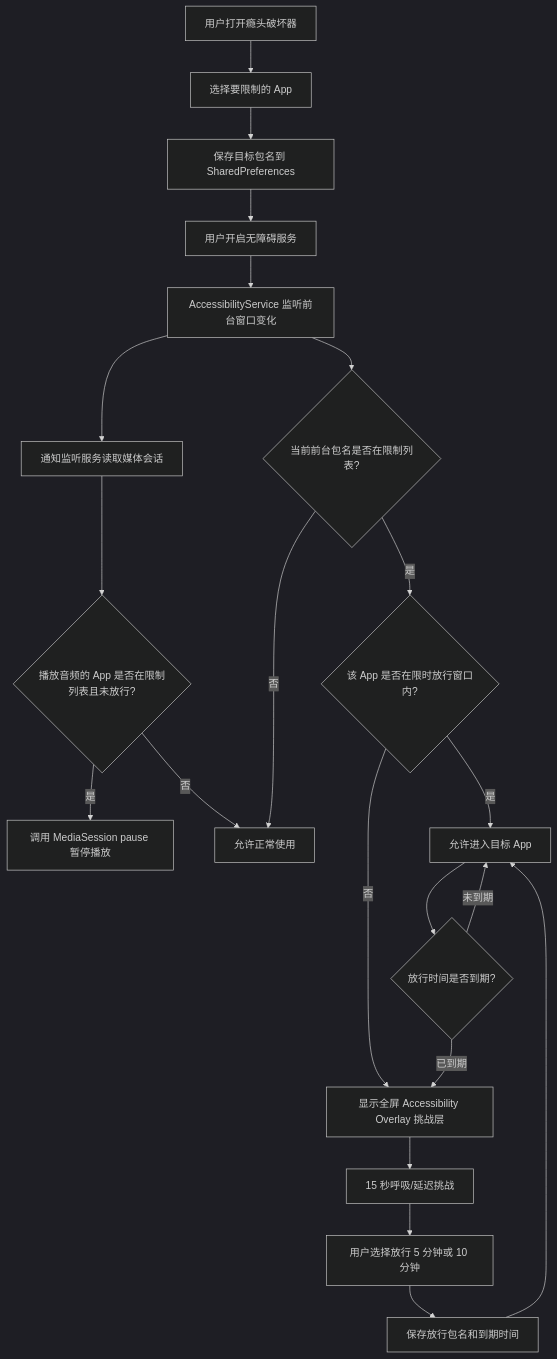
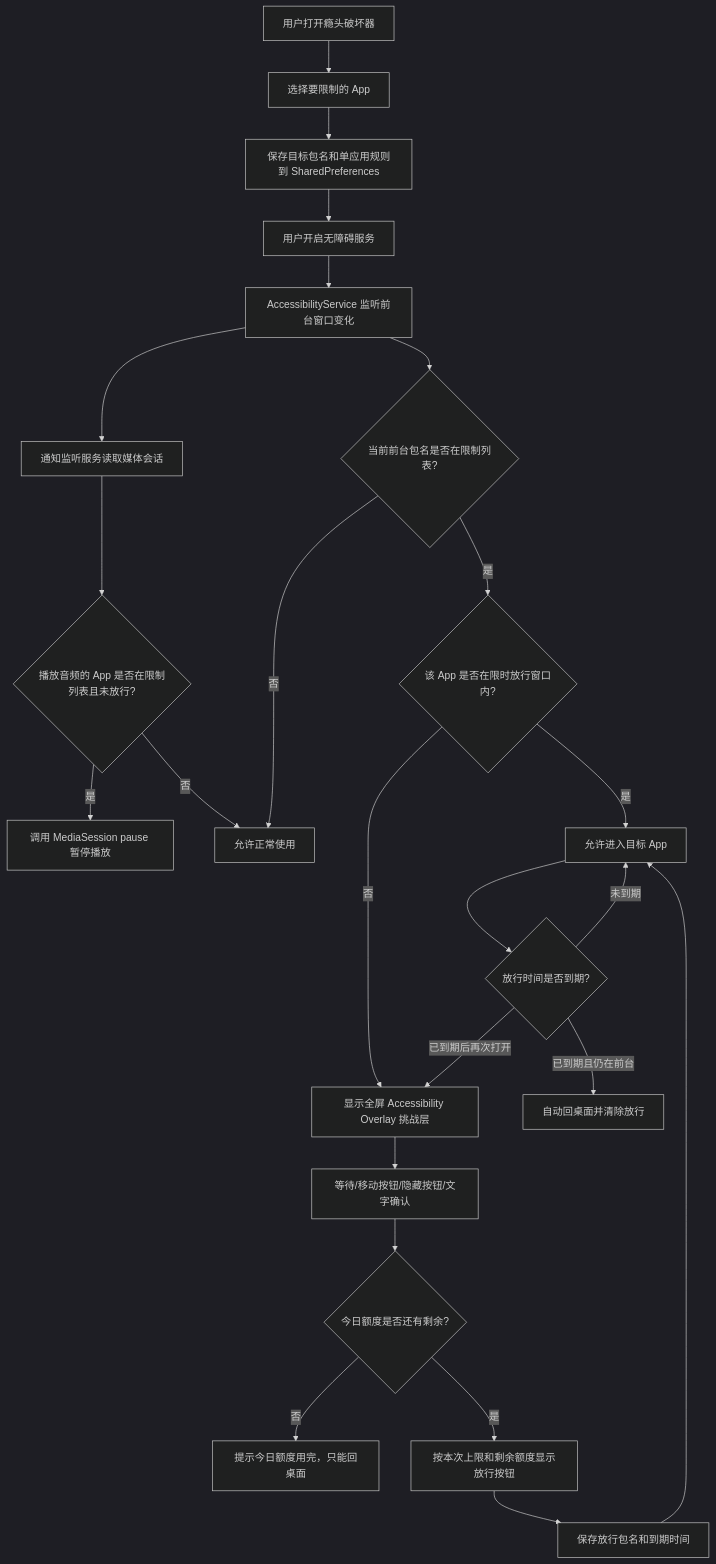
One commit to corlite/AddictionBuster changed the first of 2 diagrams in docs/功能触发示意图.md. Above: the diagram before and after it, drawn with Mermaid (dark theme). The commit also changed other lines of this file and 3 other files, not shown here.

````diff
--- a/docs/功能触发示意图.md
+++ b/docs/功能触发示意图.md
@@ -11,23 +11,26 @@
 ```mermaid
 flowchart TD
     A["用户打开瘾头破坏器"] --> B["选择要限制的 App"]
-    B --> C["保存目标包名到 SharedPreferences"]
+    B --> C["保存目标包名和单应用规则到 SharedPreferences"]
     C --> D["用户开启无障碍服务"]
     D --> E["AccessibilityService 监听前台窗口变化"]
     E --> F{"当前前台包名是否在限制列表?"}
     E --> P["通知监听服务读取媒体会话"]
     P --> Q{"播放音频的 App 是否在限制列表且未放行?"}
     Q -- "是" --> R["调用 MediaSession pause 暂停播放"]
     Q -- "否" --> G
     F -- "否" --> G["允许正常使用"]
     F -- "是" --> H{"该 App 是否在限时放行窗口内?"}
     H -- "是" --> I["允许进入目标 App"]
     H -- "否" --> J["显示全屏 Accessibility Overlay 挑战层"]
-    J --> K["15 秒呼吸/延迟挑战"]
-    K --> L["用户选择放行 5 分钟或 10 分钟"]
-    L --> M["保存放行包名和到期时间"]
+    J --> K["等待/移动按钮/隐藏按钮/文字确认"]
+    K --> L{"今日额度是否还有剩余?"}
+    L -- "否" --> S["提示今日额度用完，只能回桌面"]
+    L -- "是" --> T["按本次上限和剩余额度显示放行按钮"]
+    T --> M["保存放行包名和到期时间"]
     M --> I
     I --> N{"放行时间是否到期?"}
     N -- "未到期" --> I
-    N -- "已到期" --> J
+    N -- "已到期且仍在前台" --> O["自动回桌面并清除放行"]
+    N -- "已到期后再次打开" --> J
 ```
````
